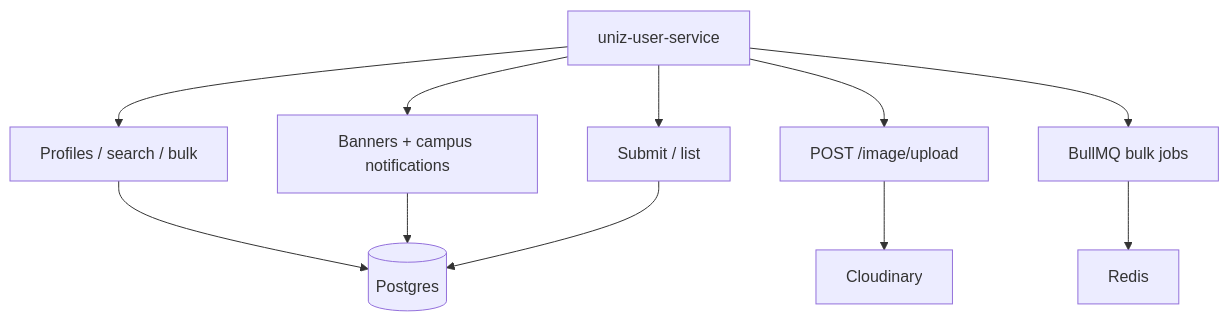
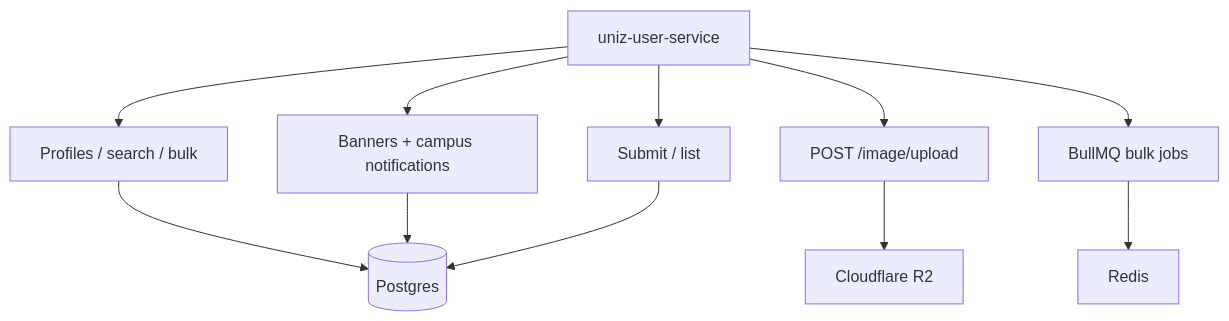
Before and after one commit to uniz-rguktong/uniz-master: the diagram in apps/uniz-docs/services/user.md, drawn with Mermaid. The commit also changed other lines of this file and 38 other files, not shown here.

````diff
--- a/apps/uniz-docs/services/user.md
+++ b/apps/uniz-docs/services/user.md
@@ -19,14 +19,14 @@
 ```mermaid
 flowchart TB
   User[uniz-user-service]
   User --> Profile[Profiles / search / bulk]
   User --> CMS[Banners + campus notifications]
   User --> Files[POST /image/upload]
   User --> Grievance[Submit / list]
   User --> Queue[BullMQ bulk jobs]
   Profile --> PG[(Postgres)]
   CMS --> PG
   Grievance --> PG
-  Files --> Cloudinary
+  Files --> R2["Cloudflare R2"]
   Queue --> Redis
 ```
````
